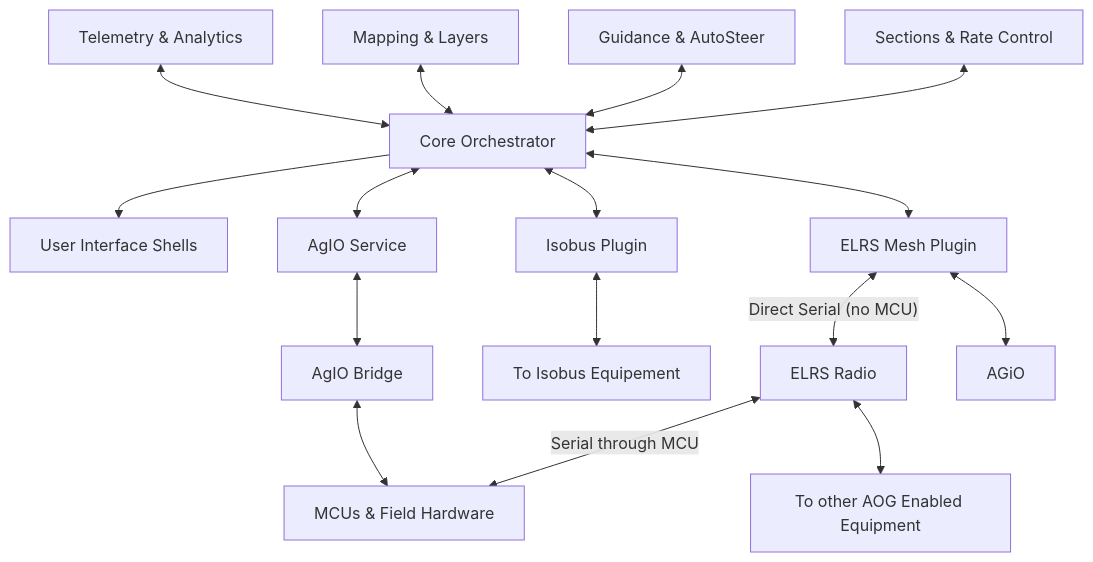
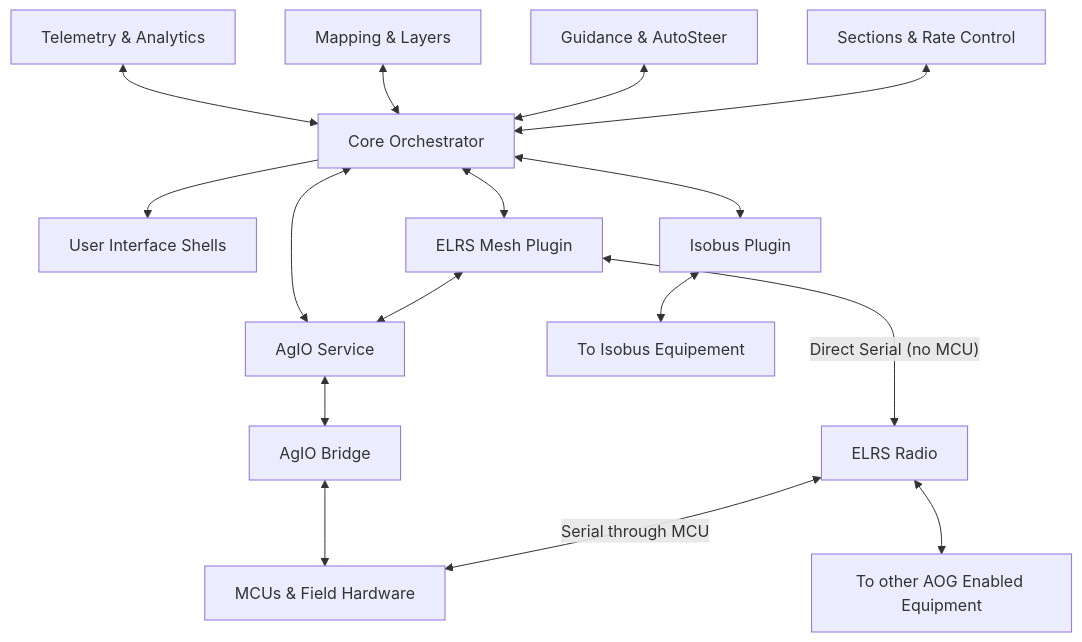
One commit to FortneyMFG/AgOpenGPS-Nexus changed the diagram in README.md. Above: the diagram before and after it, drawn with Mermaid.

Commit message:
Correct spelling of 'AgIO' in README.md

````diff
--- a/README.md
+++ b/README.md
@@ -15,35 +15,35 @@
 ```mermaid
 flowchart TD
     Core[Core Orchestrator]
     UI[User Interface Shells]
     Telemetry[Telemetry & Analytics]
     Mapping[Mapping & Layers]
     Guidance[Guidance & AutoSteer]
     Sections[Sections & Rate Control]
     Bridge[AgIO Bridge]
     AgIO[AgIO Service]
     MCUs[MCUs & Field Hardware]
     ELRS[ELRS Mesh Plugin]
     ELRSR[ELRS Radio]
     EAOG[To other AOG Enabled Equipment]
     ISOBUSP[Isobus Plugin]
     ISOBUS[To Isobus Equipement]
     
 
     Core --> UI
     Telemetry <--> Core
     Mapping <--> Core
     Guidance <--> Core
     Sections <--> Core
     Core <--> AgIO
     AgIO <--> Bridge
     Bridge <--> MCUs
     Core <--> ISOBUSP
     ISOBUSP <--> ISOBUS
     Core <--> ELRS
     ELRS <-- Direct Serial (no MCU) --> ELRSR
-    ELRS <--> AGiO
+    ELRS <--> AgIO
     ELRSR <-- Serial through MCU --> MCUs
     ELRSR <--> EAOG
     
 ```
````
